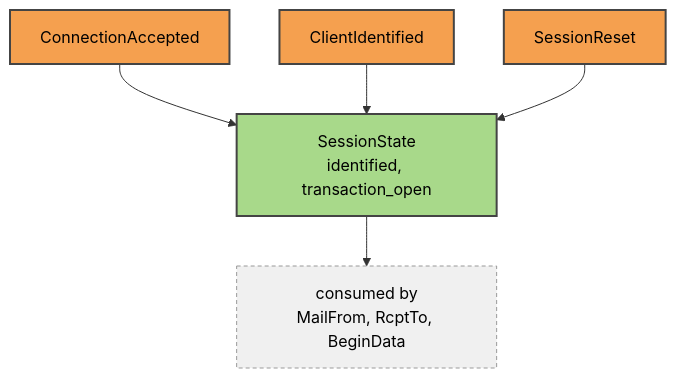
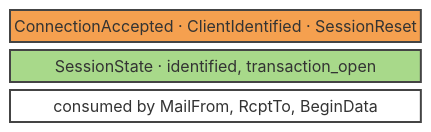
Before and after one commit to IvanTheGeek/FnEmail-Model: the third of 9 diagrams in docs/diagrams/README.md, drawn with Mermaid. The commit also changed other lines of this file, not shown here.

````diff
--- a/docs/diagrams/README.md
+++ b/docs/diagrams/README.md
@@ -42,19 +75,11 @@
 ```mermaid
-flowchart TD
-  E1["ConnectionAccepted"]
-  E2["ClientIdentified"]
-  E3["SessionReset"]
-  R["SessionState<br/>identified, transaction_open"]
-  U["consumed by<br/>MailFrom, RcptTo, BeginData"]
-  E1 --> R
-  E2 --> R
-  E3 --> R
-  R --> U
+block-beta
+  columns 1
+  evts["ConnectionAccepted · ClientIdentified · SessionReset"]
+  rm["SessionState · identified, transaction_open"]
+  consumer["consumed by MailFrom, RcptTo, BeginData"]
 
-  classDef event fill:#f5a04f,stroke:#444,stroke-width:2px,color:#000
-  classDef readmodel fill:#a8d98a,stroke:#444,stroke-width:2px,color:#000
-  classDef plain fill:#f0f0f0,stroke:#999,stroke-dasharray:4 3,color:#000
-  class E1,E2,E3 event
-  class R readmodel
-  class U plain
+  style evts fill:#f5a04f,stroke:#444,stroke-width:2px,color:#000
+  style rm fill:#a8d98a,stroke:#444,stroke-width:2px,color:#000
+  style consumer fill:#ffffff,stroke:#444,stroke-width:2px,color:#000
 ```
````
